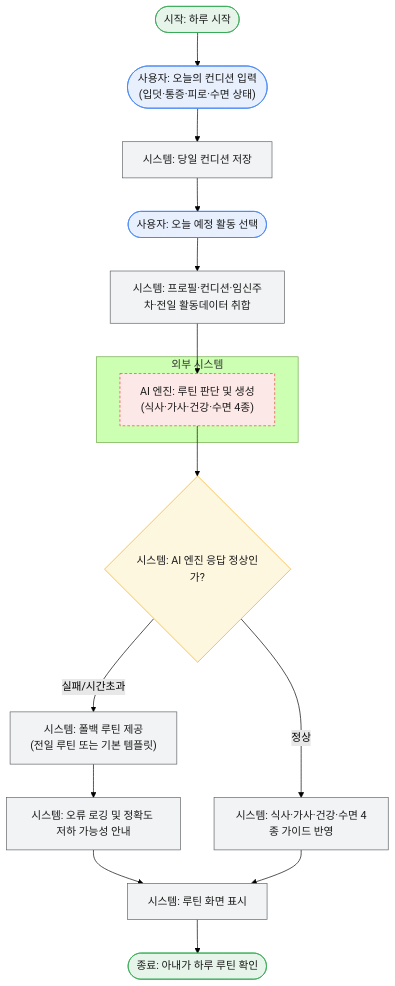
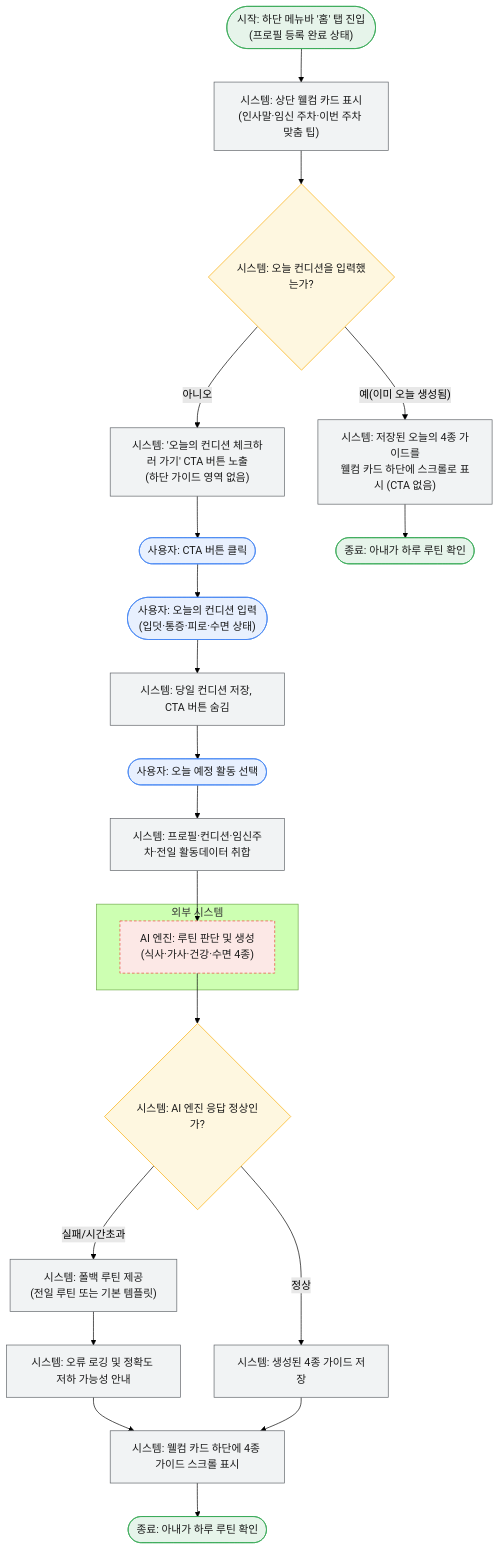
One commit to lgdxDORAEMI/PLM changed the diagram in docs/서비스흐름도/02_AI하루루틴생성.mmd. Above: the diagram before and after it, drawn with Mermaid (forest theme). The commit also changed 3 other files, not shown here.

```diff
--- a/docs/서비스흐름도/02_AI하루루틴생성.mmd
+++ b/docs/서비스흐름도/02_AI하루루틴생성.mmd
@@ -1,26 +1,35 @@
-%% 서비스 흐름도: AI 하루 루틴 생성
-%% 관련 기능: W-COND-001, W-ACT-001, W-ROUTINE-001, W-ROUTINE-002, W-ROUTINE-003 / 관련 UC: UC2, UC3, UC11
+%% 서비스 흐름도: 홈 화면 진입 및 AI 하루 루틴 생성
+%% 관련 기능: W-ROUTINE-002, W-COND-001, W-ACT-001, W-ROUTINE-001, W-ROUTINE-003 / 관련 UC: UC2, UC3, UC11
+%% 전제: 프로필 등록 완료(UC1) 상태. 홈 화면은 하나이며, 컨디션 입력 여부에 따라 CTA/가이드 영역만 조건부 렌더링된다.
 flowchart TD
     classDef user fill:#E8F0FE,stroke:#4285F4,color:#1a1a1a;
     classDef system fill:#F1F3F4,stroke:#5f6368,color:#1a1a1a;
     classDef decision fill:#FEF7E0,stroke:#F9AB00,color:#1a1a1a;
     classDef terminal fill:#E6F4EA,stroke:#34A853,color:#1a1a1a;
     classDef external fill:#FCE8E6,stroke:#EA4335,color:#1a1a1a,stroke-dasharray: 4 3;
 
-    Start(["시작: 하루 시작"]):::terminal --> A(["사용자: 오늘의 컨디션 입력<br/>(입덧·통증·피로·수면 상태)"]):::user
-    A --> B["시스템: 당일 컨디션 저장"]:::system
+    Start(["시작: 하단 메뉴바 '홈' 탭 진입<br/>(프로필 등록 완료 상태)"]):::terminal --> W["시스템: 상단 웰컴 카드 표시<br/>(인사말·임신 주차·이번 주차 맞춤 팁)"]:::system
+    W --> P{"시스템: 오늘 컨디션을 입력했는가?"}:::decision
+
+    P -- 아니오 --> Q["시스템: '오늘의 컨디션 체크하러 가기' CTA 버튼 노출<br/>(하단 가이드 영역 없음)"]:::system
+    Q --> R(["사용자: CTA 버튼 클릭"]):::user
+    R --> A(["사용자: 오늘의 컨디션 입력<br/>(입덧·통증·피로·수면 상태)"]):::user
+    A --> B["시스템: 당일 컨디션 저장, CTA 버튼 숨김"]:::system
     B --> C(["사용자: 오늘 예정 활동 선택"]):::user
     C --> D["시스템: 프로필·컨디션·임신주차·전일 활동데이터 취합"]:::system
 
     subgraph EXT["외부 시스템"]
         E["AI 엔진: 루틴 판단 및 생성<br/>(식사·가사·건강·수면 4종)"]:::external
     end
 
     D --> E
     E --> F{"시스템: AI 엔진 응답 정상인가?"}:::decision
     F -- 실패/시간초과 --> G["시스템: 폴백 루틴 제공<br/>(전일 루틴 또는 기본 템플릿)"]:::system
     G --> H["시스템: 오류 로깅 및 정확도 저하 가능성 안내"]:::system
-    H --> J["시스템: 루틴 화면 표시"]:::system
-    F -- 정상 --> I["시스템: 식사·가사·건강·수면 4종 가이드 반영"]:::system
+    H --> J["시스템: 웰컴 카드 하단에 4종 가이드 스크롤 표시"]:::system
+    F -- 정상 --> I["시스템: 생성된 4종 가이드 저장"]:::system
     I --> J
-    J --> End(["종료: 아내가 하루 루틴 확인"]):::terminal
+
+    P -- 예(이미 오늘 생성됨) --> K["시스템: 저장된 오늘의 4종 가이드를<br/>웰컴 카드 하단에 스크롤로 표시 (CTA 없음)"]:::system
+    K --> End2(["종료: 아내가 하루 루틴 확인"]):::terminal
+    J --> End1(["종료: 아내가 하루 루틴 확인"]):::terminal
```
